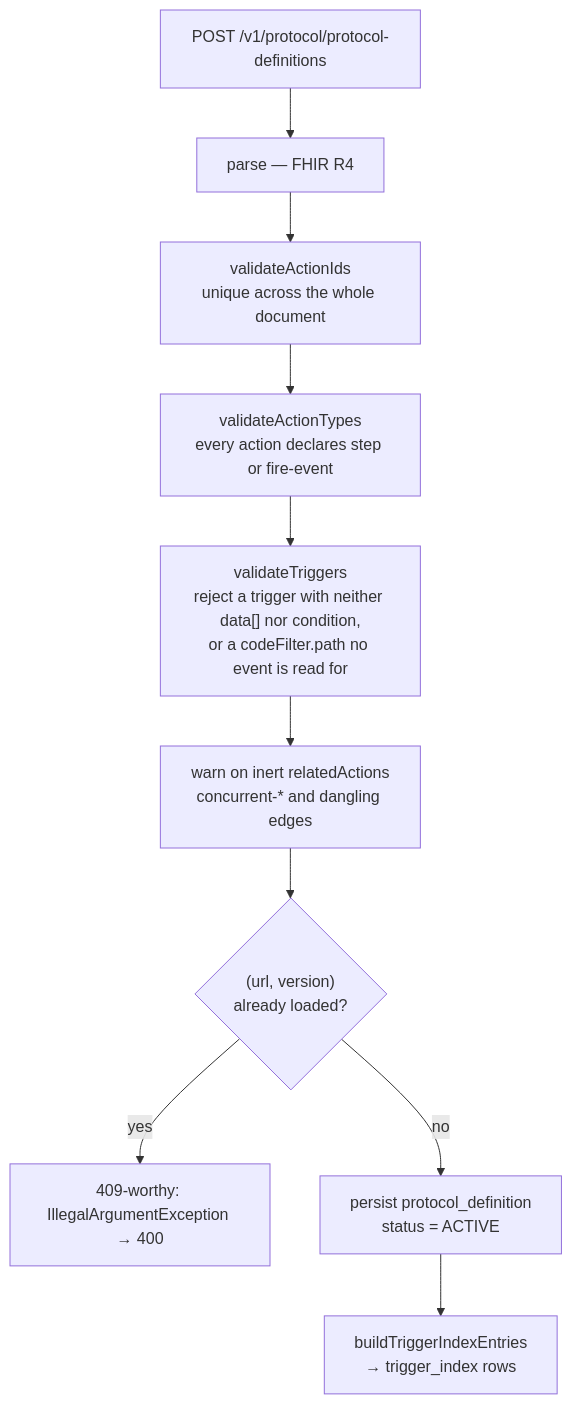
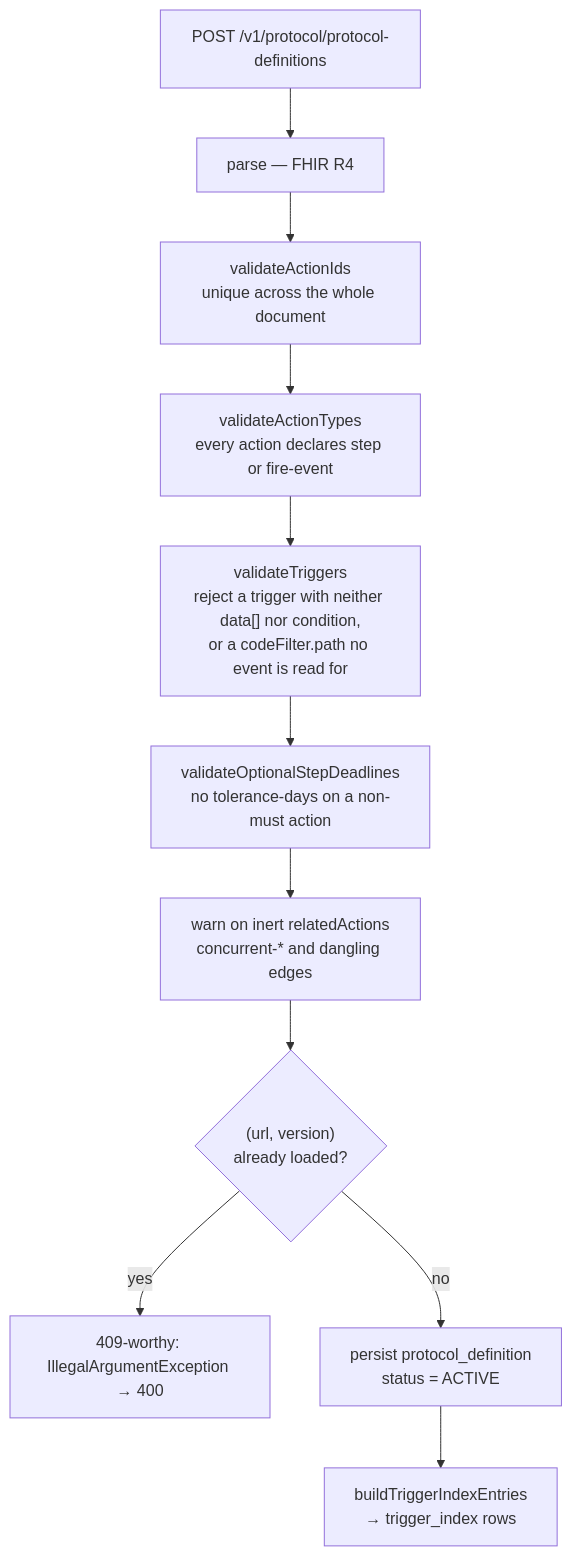
One commit to Jayaprakash8887/cce-protocol-service changed the diagram in docs/architecture-overview.md. Above: the diagram before and after it, drawn with Mermaid. The commit also changed other lines of this file and 7 other files, not shown here.

First line of the commit message:
Reject a PlanDefinition that gives an optional step a deadline

````diff
--- a/docs/architecture-overview.md
+++ b/docs/architecture-overview.md
@@ -42,12 +42,13 @@
 ```mermaid
 flowchart TD
     A["POST /v1/protocol/protocol-definitions"] --> B["parse — FHIR R4"]
     B --> C["validateActionIds<br/>unique across the whole document"]
     C --> D["validateActionTypes<br/>every action declares step or fire-event"]
     D --> E["validateTriggers<br/>reject a trigger with neither data[] nor condition,<br/>or a codeFilter.path no event is read for"]
-    E --> F["warn on inert relatedActions<br/>concurrent-* and dangling edges"]
+    E --> E2["validateOptionalStepDeadlines<br/>no tolerance-days on a non-must action"]
+    E2 --> F["warn on inert relatedActions<br/>concurrent-* and dangling edges"]
     F --> G{"(url, version)<br/>already loaded?"}
     G -->|yes| H["409-worthy: IllegalArgumentException → 400"]
     G -->|no| I["persist protocol_definition<br/>status = ACTIVE"]
     I --> J["buildTriggerIndexEntries<br/>→ trigger_index rows"]
 ```
````
